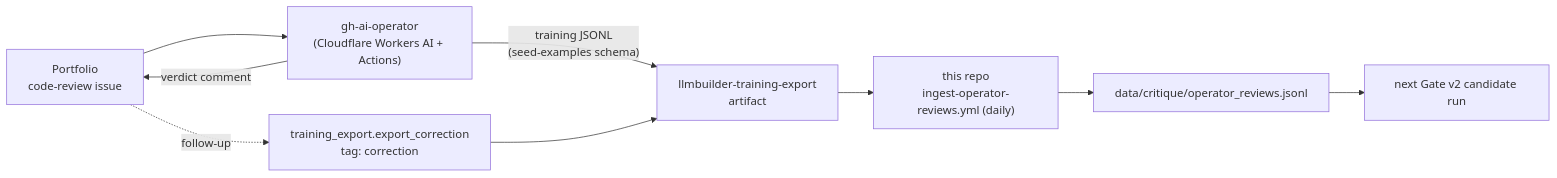
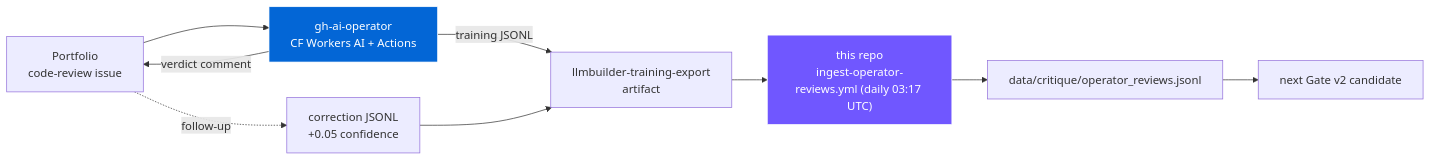
One commit to GareBear99/ARC-Neuron-LLMBuilder changed the first of 4 diagrams in README.md. Above: the diagram before and after it, drawn with Mermaid. The commit also changed other lines of this file, not shown here.

````diff
--- a/README.md
+++ b/README.md
@@ -59,11 +13,13 @@
 ```mermaid
 flowchart LR
-    A["Portfolio<br/>code-review issue"] --> B["gh-ai-operator<br/>(Cloudflare Workers AI + Actions)"]
-    B -- "verdict comment" --> A
-    B -- "training JSONL<br/>(seed-examples schema)" --> C["llmbuilder-training-export<br/>artifact"]
-    C --> D["this repo<br/>ingest-operator-reviews.yml (daily)"]
-    D --> E["data/critique/operator_reviews.jsonl"]
-    E --> F["next Gate v2 candidate run"]
-    A -. follow-up .-> G["training_export.export_correction<br/>tag: correction"]
-    G --> C
+    P["Portfolio<br/>code-review issue"] --> OP["gh-ai-operator<br/>CF Workers AI + Actions"]
+    OP -- "verdict comment" --> P
+    OP -- "training JSONL" --> A["llmbuilder-training-export<br/>artifact"]
+    A --> IN["this repo<br/>ingest-operator-reviews.yml (daily 03:17 UTC)"]
+    IN --> C["data/critique/operator_reviews.jsonl"]
+    C --> G["next Gate v2 candidate"]
+    P -. follow-up .-> COR["correction JSONL<br/>+0.05 confidence"]
+    COR --> A
+    style OP fill:#0366d6,stroke:#fff,color:#fff
+    style IN fill:#7057ff,stroke:#fff,color:#fff
 ```
````
